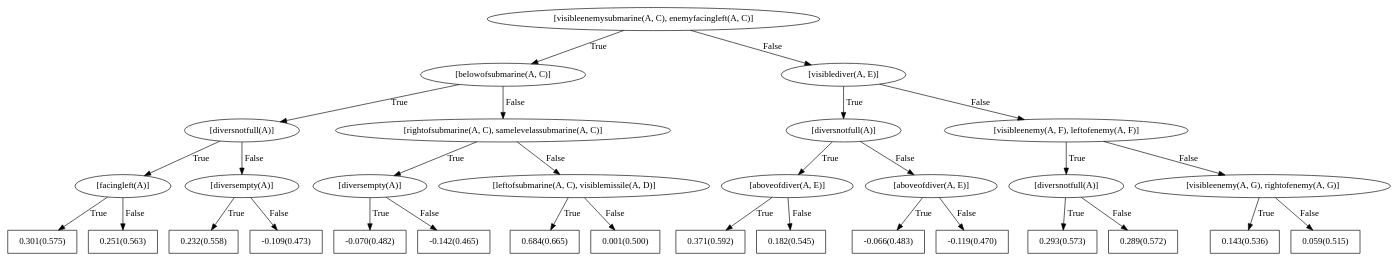
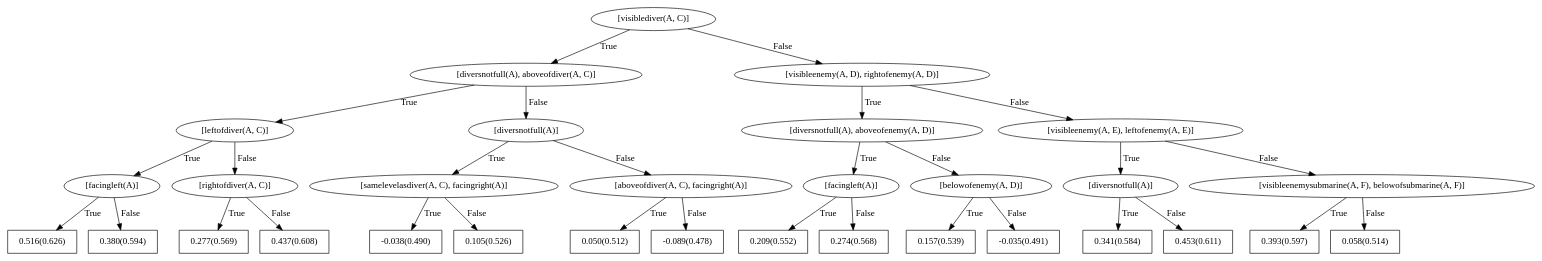
One commit to nikhileshp/NeSY-Imitation-Learning changed the diagram in rdn_models/seaquest/single_t/54_RZ_2461867/negpos_2_trees_1_depth_3_grounding_penalty/down/bRDNs/dotFiles/WILLTreeFor_action0.dot. Above: the diagram before and after it, drawn with Graphviz. The commit also changed 684 other files, not shown here.

```diff
--- a/rdn_models/seaquest/single_t/54_RZ_2461867/negpos_2_trees_1_depth_3_grounding_penalty/down/bRDNs/dotFiles/WILLTreeFor_action0.dot
+++ b/rdn_models/seaquest/single_t/54_RZ_2461867/negpos_2_trees_1_depth_3_grounding_penalty/down/bRDNs/dotFiles/WILLTreeFor_action0.dot
@@ -1,63 +1,63 @@
 digraph G{ 
-1[label = "[visibleenemysubmarine(A, C), enemyfacingleft(A, C)]"];
+1[label = "[visiblediver(A, C)]"];
 1 -> 2[label="True"];
 1 -> 3[label="False"];
-2[label = "[belowofsubmarine(A, C)]"];
+2[label = "[diversnotfull(A), aboveofdiver(A, C)]"];
 2 -> 4[label="True"];
 2 -> 5[label="False"];
-4[label = "[diversnotfull(A)]"];
+4[label = "[leftofdiver(A, C)]"];
 4 -> 6[label="True"];
 4 -> 7[label="False"];
 6[label = "[facingleft(A)]"];
 6 -> 8[label="True"];
 6 -> 9[label="False"];
-8[shape = box,label = "0.301(0.575)"];
-9[shape = box,label = "0.251(0.563)"];
-7[label = "[diversempty(A)]"];
+8[shape = box,label = "0.516(0.626)"];
+9[shape = box,label = "0.380(0.594)"];
+7[label = "[rightofdiver(A, C)]"];
 7 -> 10[label="True"];
 7 -> 11[label="False"];
-10[shape = box,label = "0.232(0.558)"];
-11[shape = box,label = "-0.109(0.473)"];
-5[label = "[rightofsubmarine(A, C), samelevelassubmarine(A, C)]"];
+10[shape = box,label = "0.277(0.569)"];
+11[shape = box,label = "0.437(0.608)"];
+5[label = "[diversnotfull(A)]"];
 5 -> 12[label="True"];
 5 -> 13[label="False"];
-12[label = "[diversempty(A)]"];
+12[label = "[samelevelasdiver(A, C), facingright(A)]"];
 12 -> 14[label="True"];
 12 -> 15[label="False"];
-14[shape = box,label = "-0.070(0.482)"];
-15[shape = box,label = "-0.142(0.465)"];
-13[label = "[leftofsubmarine(A, C), visiblemissile(A, D)]"];
+14[shape = box,label = "-0.038(0.490)"];
+15[shape = box,label = "0.105(0.526)"];
+13[label = "[aboveofdiver(A, C), facingright(A)]"];
 13 -> 16[label="True"];
 13 -> 17[label="False"];
-16[shape = box,label = "0.684(0.665)"];
-17[shape = box,label = "0.001(0.500)"];
-3[label = "[visiblediver(A, E)]"];
+16[shape = box,label = "0.050(0.512)"];
+17[shape = box,label = "-0.089(0.478)"];
+3[label = "[visibleenemy(A, D), rightofenemy(A, D)]"];
 3 -> 18[label="True"];
 3 -> 19[label="False"];
-18[label = "[diversnotfull(A)]"];
+18[label = "[diversnotfull(A), aboveofenemy(A, D)]"];
 18 -> 20[label="True"];
 18 -> 21[label="False"];
-20[label = "[aboveofdiver(A, E)]"];
+20[label = "[facingleft(A)]"];
 20 -> 22[label="True"];
 20 -> 23[label="False"];
-22[shape = box,label = "0.371(0.592)"];
-23[shape = box,label = "0.182(0.545)"];
-21[label = "[aboveofdiver(A, E)]"];
+22[shape = box,label = "0.209(0.552)"];
+23[shape = box,label = "0.274(0.568)"];
+21[label = "[belowofenemy(A, D)]"];
 21 -> 24[label="True"];
 21 -> 25[label="False"];
-24[shape = box,label = "-0.066(0.483)"];
-25[shape = box,label = "-0.119(0.470)"];
-19[label = "[visibleenemy(A, F), leftofenemy(A, F)]"];
+24[shape = box,label = "0.157(0.539)"];
+25[shape = box,label = "-0.035(0.491)"];
+19[label = "[visibleenemy(A, E), leftofenemy(A, E)]"];
 19 -> 26[label="True"];
 19 -> 27[label="False"];
 26[label = "[diversnotfull(A)]"];
 26 -> 28[label="True"];
 26 -> 29[label="False"];
-28[shape = box,label = "0.293(0.573)"];
-29[shape = box,label = "0.289(0.572)"];
-27[label = "[visibleenemy(A, G), rightofenemy(A, G)]"];
+28[shape = box,label = "0.341(0.584)"];
+29[shape = box,label = "0.453(0.611)"];
+27[label = "[visibleenemysubmarine(A, F), belowofsubmarine(A, F)]"];
 27 -> 30[label="True"];
 27 -> 31[label="False"];
-30[shape = box,label = "0.143(0.536)"];
-31[shape = box,label = "0.059(0.515)"];
+30[shape = box,label = "0.393(0.597)"];
+31[shape = box,label = "0.058(0.514)"];
 }
```
